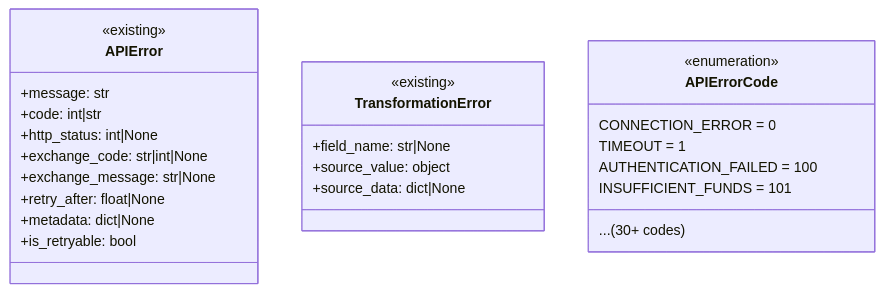
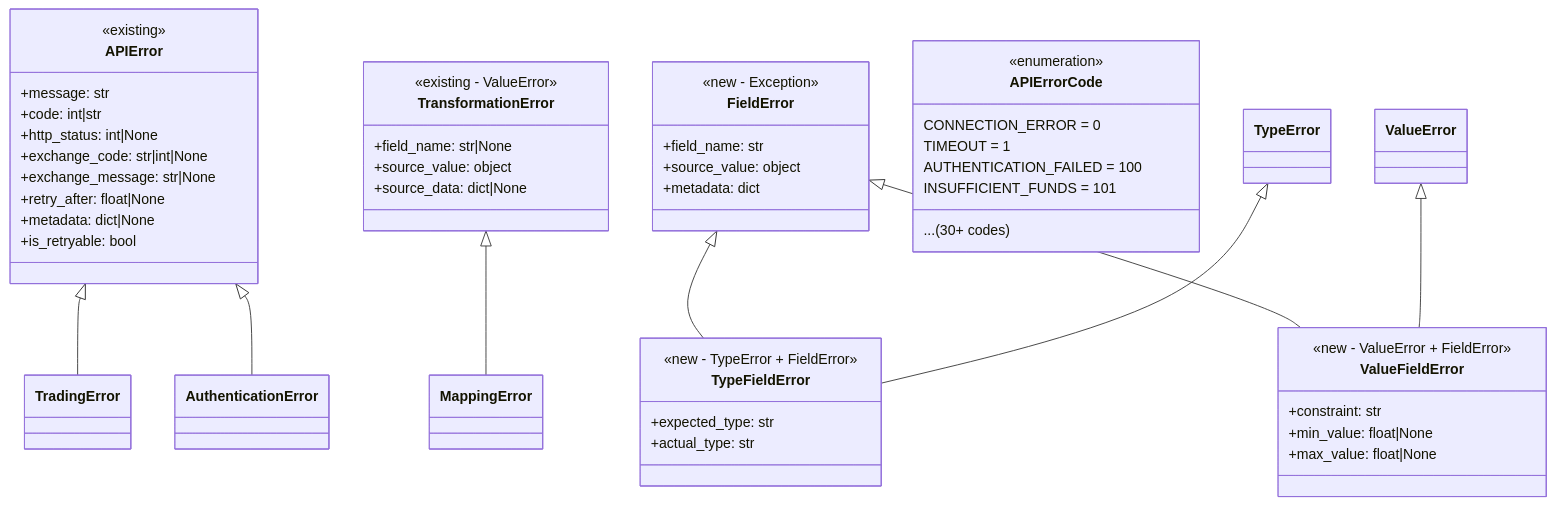
The fifth of 7 diagrams in workflow/exceptions_refactor/ruff_refactoring_master_plan.md (plataplomo/hummingbot), drawn with Mermaid before and after one commit. The commit also changed other lines of this file and 57 other files, not shown here.

````diff
--- a/workflow/exceptions_refactor/ruff_refactoring_master_plan.md
+++ b/workflow/exceptions_refactor/ruff_refactoring_master_plan.md
@@ -174,30 +210,60 @@
 ```mermaid
 classDiagram
     class APIError {
         <<existing>>
         +message: str
         +code: int|str
         +http_status: int|None
         +exchange_code: str|int|None
         +exchange_message: str|None
         +retry_after: float|None
         +metadata: dict|None
         +is_retryable: bool
     }
 
     class TransformationError {
-        <<existing>>
+        <<existing - ValueError>>
         +field_name: str|None
         +source_value: object
         +source_data: dict|None
+    }
+
+    class FieldError {
+        <<new - Exception>>
+        +field_name: str
+        +source_value: object
+        +metadata: dict
+    }
+
+    class TypeFieldError {
+        <<new - TypeError + FieldError>>
+        +expected_type: str
+        +actual_type: str
+    }
+
+    class ValueFieldError {
+        <<new - ValueError + FieldError>>
+        +constraint: str
+        +min_value: float|None
+        +max_value: float|None
     }
 
     class APIErrorCode {
         <<enumeration>>
         CONNECTION_ERROR = 0
         TIMEOUT = 1
         AUTHENTICATION_FAILED = 100
         INSUFFICIENT_FUNDS = 101
         ... (30+ codes)
     }
+
+    APIError <|-- TradingError
+    APIError <|-- AuthenticationError
+    
+    FieldError <|-- TypeFieldError
+    FieldError <|-- ValueFieldError
+    TypeError <|-- TypeFieldError
+    ValueError <|-- ValueFieldError
+    
+    TransformationError <|-- MappingError
 ```
````
